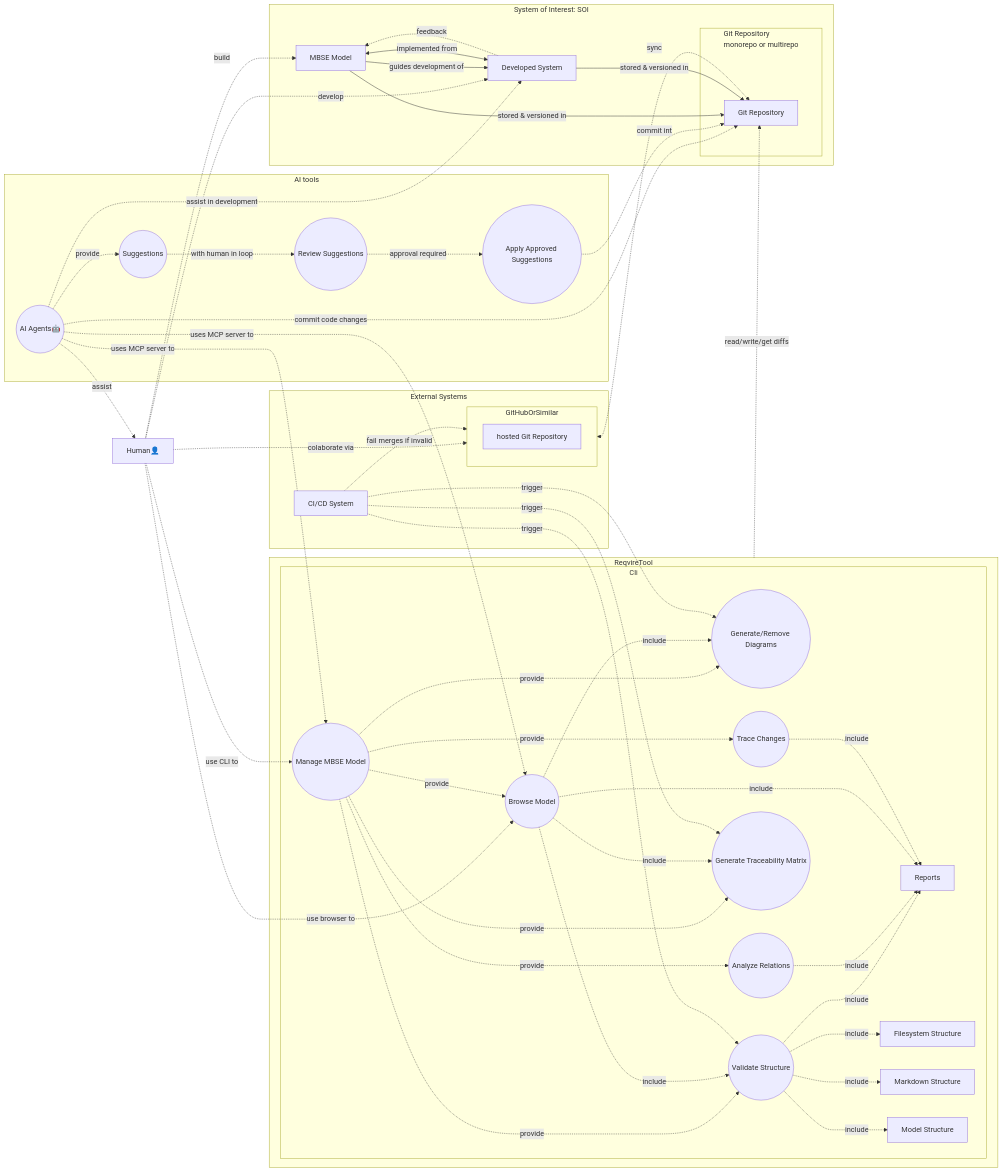
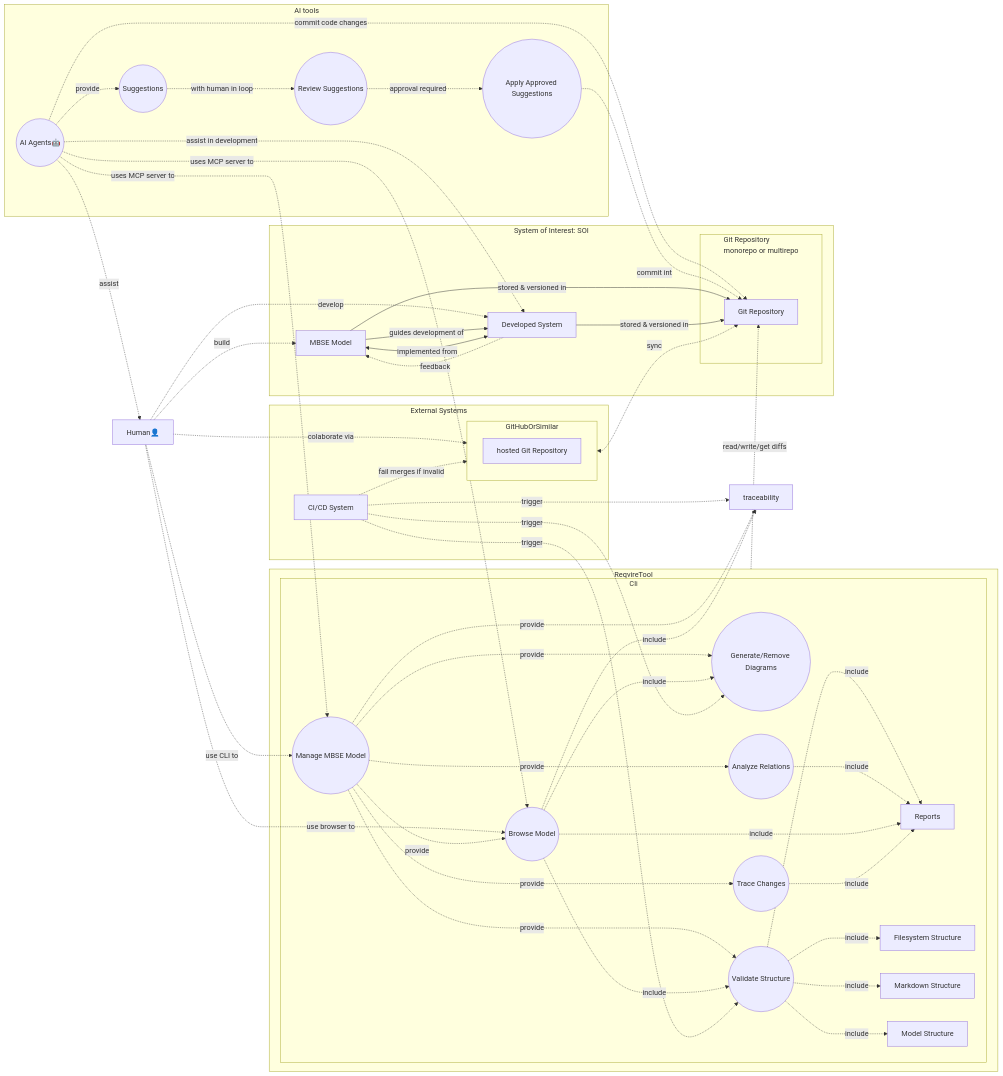
One commit to reqvire-org/reqvire changed the diagram in specifications/Usecases.md. Above: the diagram before and after it, drawn with Mermaid. The commit also changed other lines of this file and 50 other files, not shown here.

```diff
--- a/specifications/Usecases.md
+++ b/specifications/Usecases.md
@@ -21,7 +21,6 @@
             markdownSucture[Markdown Structure]
             modelStructure[Model Structure]
             reports[Reports]
-            traceability((Generate Traceability Matrix))
             handleDiffs((Trace Changes))
             browseModel((Browse Model))
         end
```
